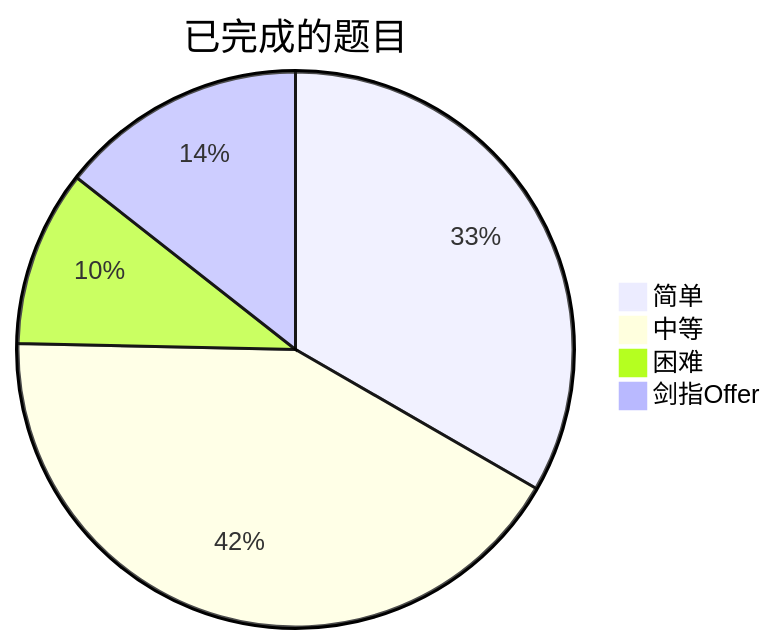
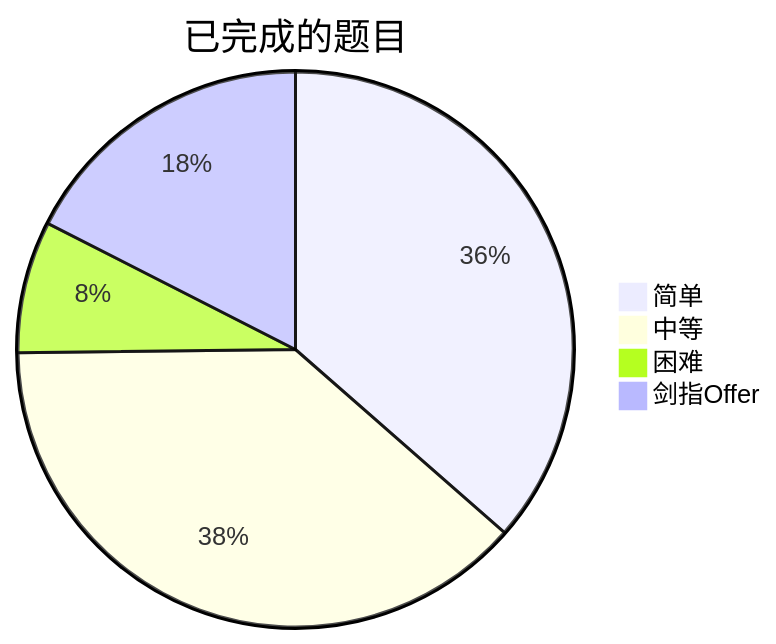
One commit to kaisa911/LeetCode changed the diagram in README.md. Above: the diagram before and after it, drawn with Mermaid. The commit also changed other lines of this file and 186 other files, not shown here.

````diff
--- a/README.md
+++ b/README.md
@@ -9,7 +9,7 @@
 ```mermaid
 pie title 已完成的题目
-    "简单" : 169
-    "中等" : 213
-    "困难" : 52
+    "简单" : 152
+    "中等" : 160
+    "困难" : 32
     "剑指Offer" : 73
 ```
````
